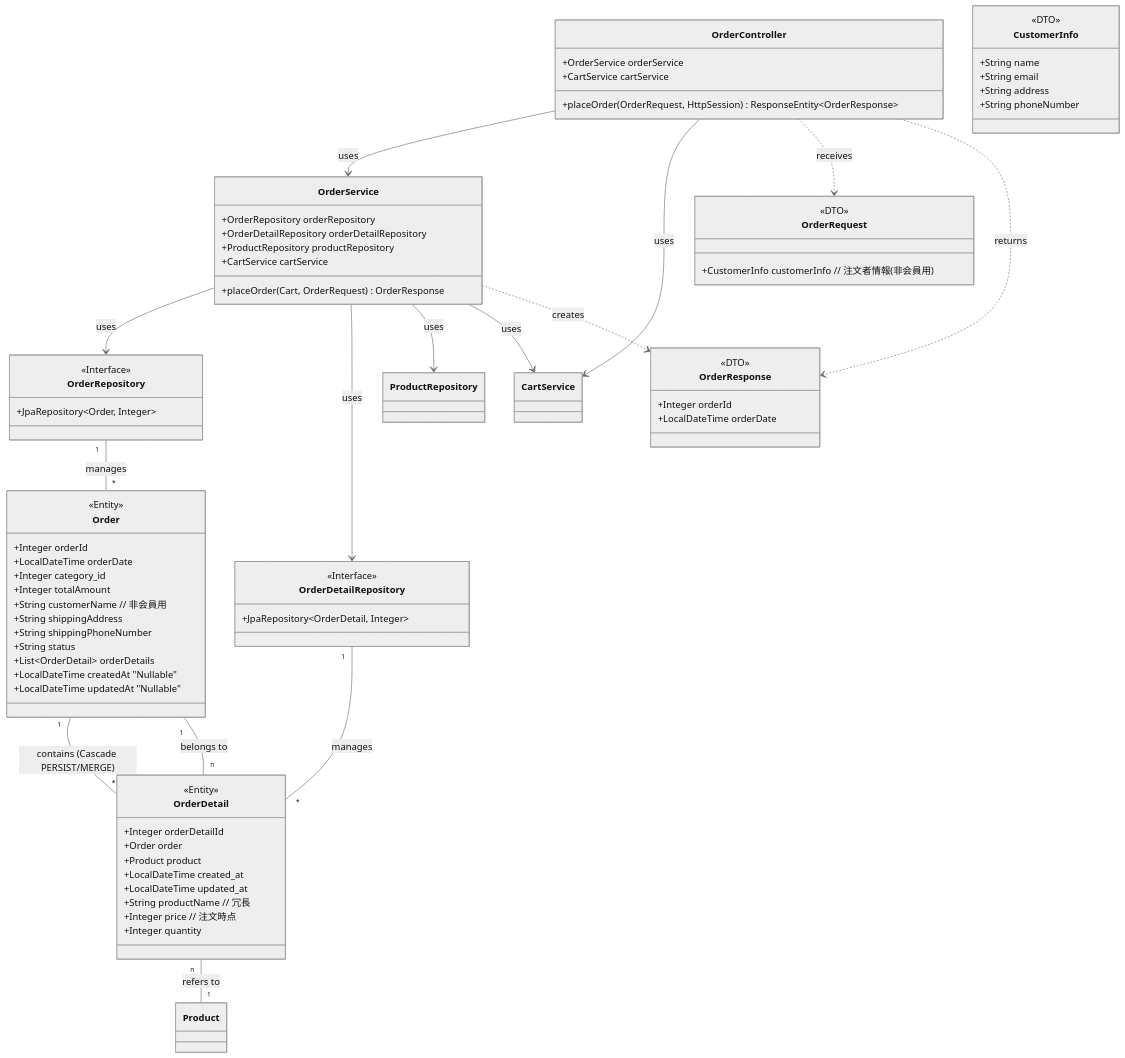
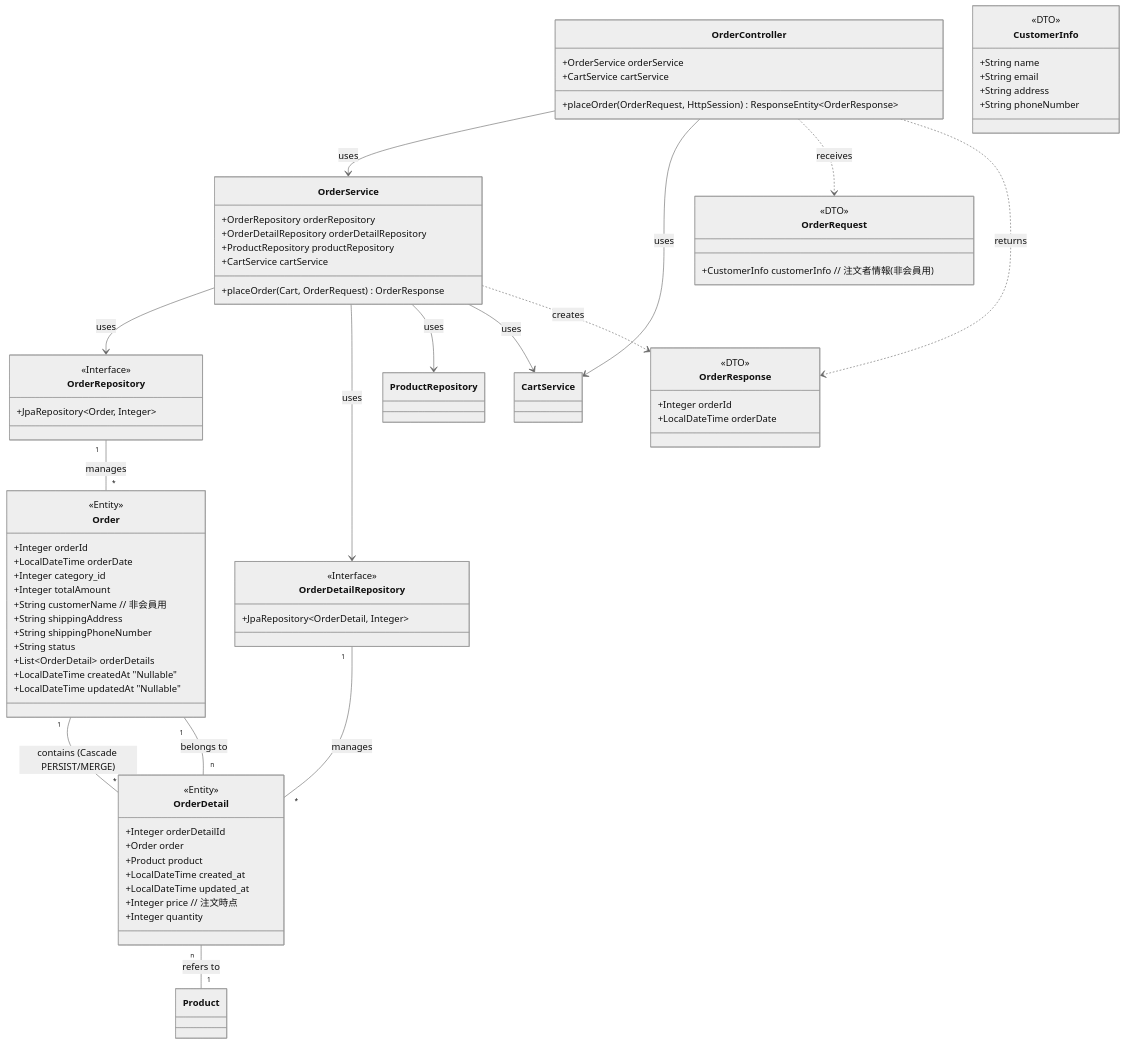
The tenth of 12 diagrams in 詳細設計書/詳細設計書.md (Rikumt12/Popcorn), drawn with Mermaid (neutral theme) before and after one commit.

Commit message:
細部の修正

````diff
--- a/詳細設計書/詳細設計書.md
+++ b/詳細設計書/詳細設計書.md
@@ -476,80 +476,79 @@
 ```mermaid
 classDiagram
     class OrderController {
         +OrderService orderService
         +CartService cartService
         +placeOrder(OrderRequest, HttpSession) ResponseEntity~OrderResponse~
     }
     class OrderService {
         +OrderRepository orderRepository
         +OrderDetailRepository orderDetailRepository
         +ProductRepository productRepository
         +CartService cartService
         +placeOrder(Cart, OrderRequest) OrderResponse
     }
     class OrderRepository {
         <<Interface>>
         +JpaRepository~Order, Integer~
     }
      class OrderDetailRepository {
         <<Interface>>
         +JpaRepository~OrderDetail, Integer~
     }
     class Order {
         <<Entity>>
         +Integer orderId
         +LocalDateTime orderDate
         +Integer category_id
         +Integer totalAmount
         +String customerName // 非会員用
         +String shippingAddress
         +String shippingPhoneNumber
         +String status
         +List~OrderDetail~ orderDetails
         +LocalDateTime createdAt "Nullable"
         +LocalDateTime updatedAt "Nullable"
     }
     class OrderDetail {
         <<Entity>>
         +Integer orderDetailId
         +Order order
         +Product product
         +LocalDateTime created_at
         +LocalDateTime updated_at
-        +String productName // 冗長
         +Integer price // 注文時点
         +Integer quantity
     }
     class OrderRequest {
         <<DTO>>
         +CustomerInfo customerInfo // 注文者情報(非会員用)
     }
     class CustomerInfo{
          <<DTO>>
         +String name
         +String email
         +String address
         +String phoneNumber
     }
     class OrderResponse {
         <<DTO>>
         +Integer orderId
         +LocalDateTime orderDate
     }
 
     OrderController --> OrderService : uses
     OrderController --> CartService : uses
     OrderService --> OrderRepository : uses
     OrderService --> OrderDetailRepository : uses
     OrderService --> ProductRepository : uses
     OrderService --> CartService : uses
     OrderRepository "1" -- "*" Order : manages
     OrderDetailRepository "1" -- "*" OrderDetail : manages
     Order "1" -- "*" OrderDetail : contains (Cascade PERSIST/MERGE)
     OrderDetail "n" -- "1" Order : belongs to
     OrderDetail "n" -- "1" Product : refers to
 
     OrderController ..> OrderRequest : receives
     OrderController ..> OrderResponse : returns
     OrderService ..> OrderResponse : creates
 ```
````
